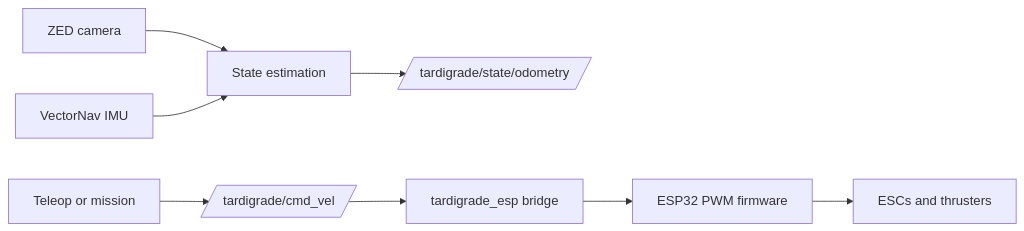
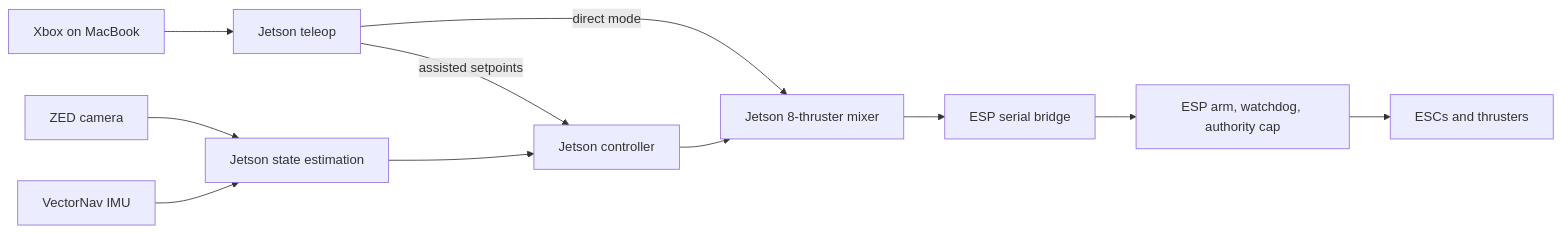
One commit to berkeleyauv/tardigrade_ws changed the diagram in README.md. Above: the diagram before and after it, drawn with Mermaid. The commit also changed other lines of this file and 24 other files, not shown here.

````diff
--- a/README.md
+++ b/README.md
@@ -26,10 +11,13 @@
 ```mermaid
 flowchart LR
-    ZED[ZED camera] --> State[State estimation]
-    VN[VectorNav IMU] --> State
-    State --> Odom[/tardigrade/state/odometry/]
-    Teleop[Teleop or mission] --> Cmd[/tardigrade/cmd_vel/]
-    Cmd --> ESPBridge[tardigrade_esp bridge]
-    ESPBridge --> ESP32[ESP32 PWM firmware]
-    ESP32 --> ESCs[ESCs and thrusters]
+    ZED[ZED camera] --> EKF[Jetson state estimation]
+    VN[VectorNav IMU] --> EKF
+    Xbox[Xbox on MacBook] --> Teleop[Jetson teleop]
+    Teleop -->|direct mode| Mixer[Jetson 8-thruster mixer]
+    Teleop -->|assisted setpoints| Control[Jetson controller]
+    EKF --> Control
+    Control --> Mixer
+    Mixer --> Bridge[ESP serial bridge]
+    Bridge --> Safety[ESP arm, watchdog, authority cap]
+    Safety --> ESC[ESCs and thrusters]
 ```
````
